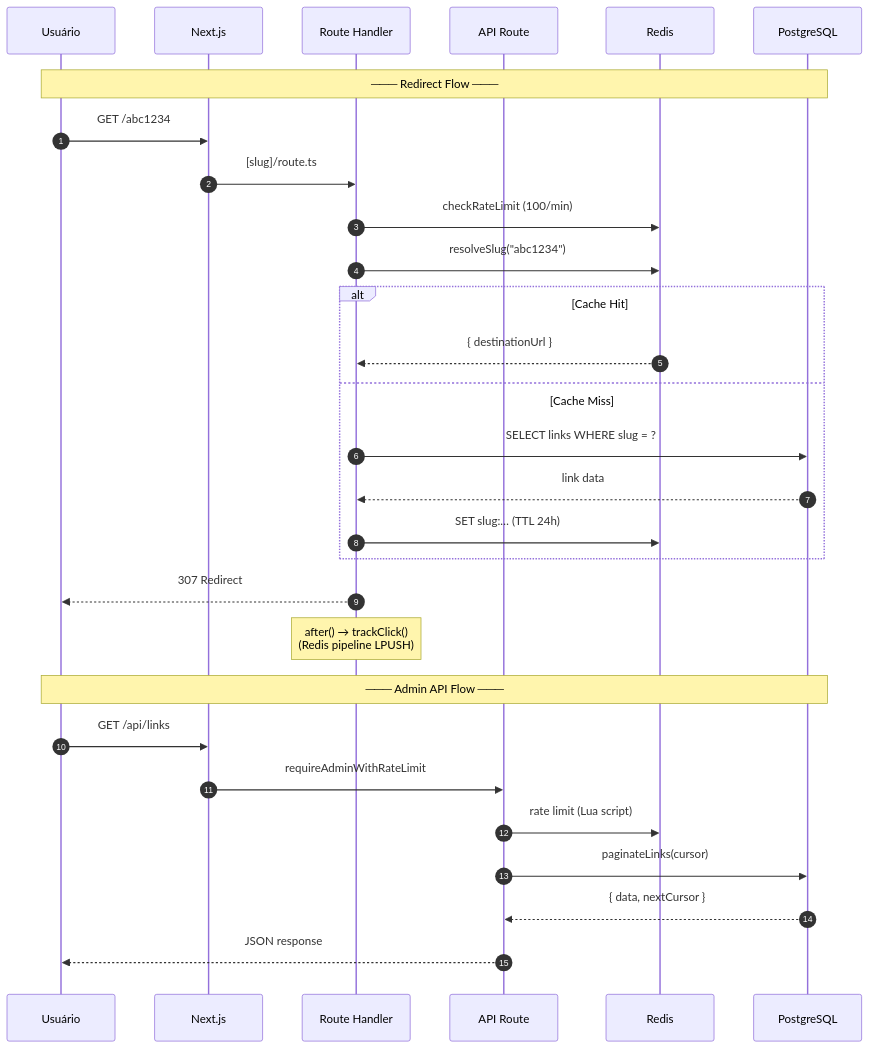
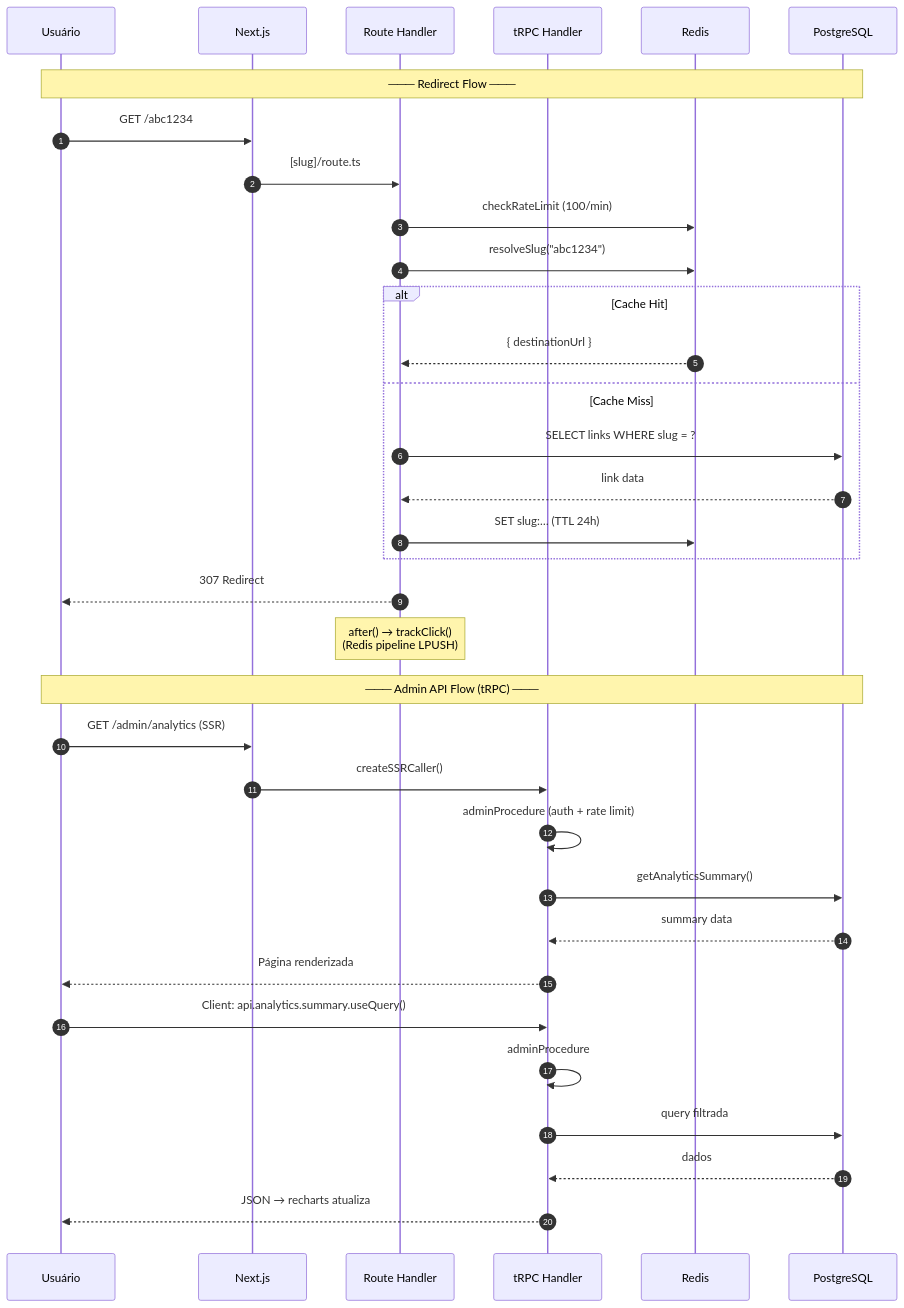
One commit to eduardoaugustolb/encurtador-url changed the second of 2 diagrams in docs/arquitetura.md. Above: the diagram before and after it, drawn with Mermaid. The commit also changed other lines of this file and 79 other files, not shown here.

````diff
--- a/docs/arquitetura.md
+++ b/docs/arquitetura.md
@@ -74,37 +110,42 @@
 ```mermaid
 %%{init: {'sequence': {'actorMargin': 55, 'boxMargin': 22}}}%%
 sequenceDiagram
     autonumber
     participant U as Usuário
     participant N as Next.js
     participant RH as Route Handler
-    participant API as API Route
+    participant t as tRPC Handler
     participant R as Redis
     participant P as PostgreSQL
 
     Note over U,P: ─── Redirect Flow ───
     U->>N: GET /abc1234
     N->>RH: [slug]/route.ts
 
     RH->>R: checkRateLimit (100/min)
     RH->>R: resolveSlug("abc1234")
     alt Cache Hit
         R-->>RH: { destinationUrl }
     else Cache Miss
         RH->>P: SELECT links WHERE slug = ?
         P-->>RH: link data
         RH->>R: SET slug:… (TTL 24h)
     end
 
     RH-->>U: 307 Redirect
     Note over RH: after() → trackClick()<br/>(Redis pipeline LPUSH)
 
-    Note over U,P: ─── Admin API Flow ───
-    U->>N: GET /api/links
-    N->>API: requireAdminWithRateLimit
+    Note over U,P: ─── Admin API Flow (tRPC) ───
+    U->>N: GET /admin/analytics (SSR)
+    N->>t: createSSRCaller()
+    t->>t: adminProcedure (auth + rate limit)
+    t->>P: getAnalyticsSummary()
+    P-->>t: summary data
+    t-->>U: Página renderizada
 
-    API->>R: rate limit (Lua script)
-    API->>P: paginateLinks(cursor)
-    P-->>API: { data, nextCursor }
-    API-->>U: JSON response
+    U->>t: Client: api.analytics.summary.useQuery()
+    t->>t: adminProcedure
+    t->>P: query filtrada
+    P-->>t: dados
+    t-->>U: JSON → recharts atualiza
 ```
````
